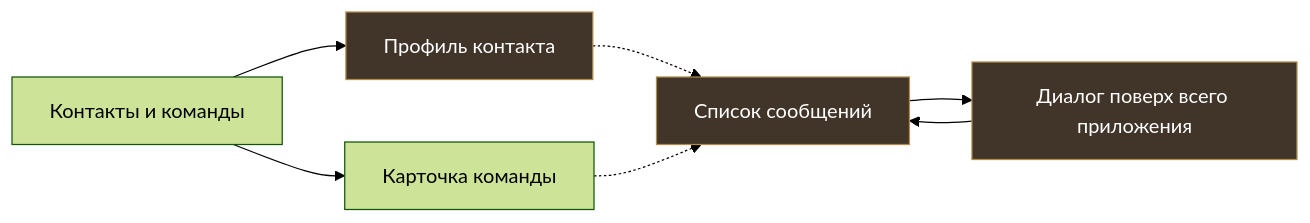
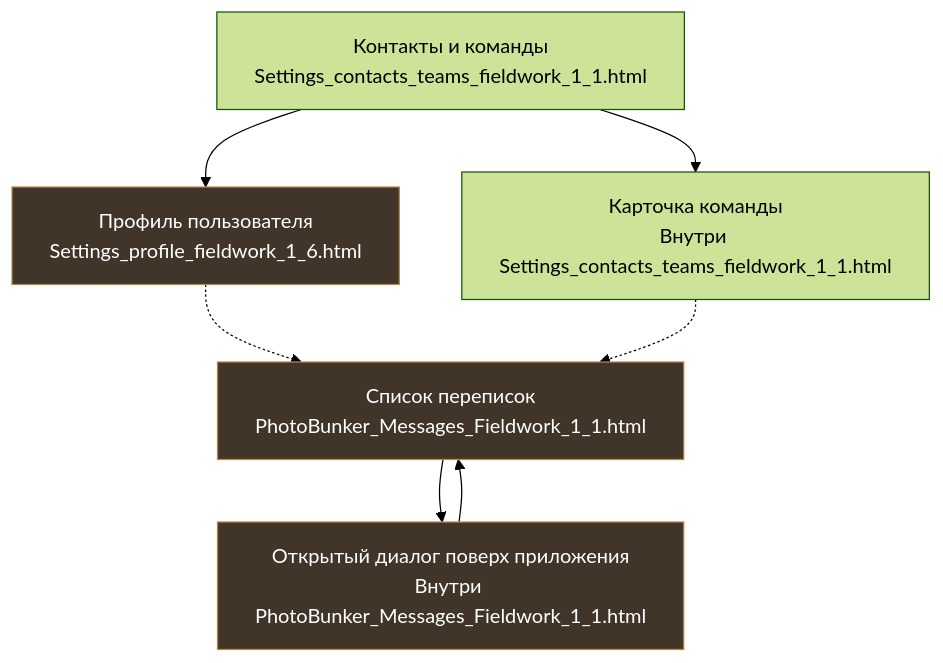
The third of 3 diagrams in docs/ux-integration/VISUAL-MAP.md (1troitsky/photobunker-v3), drawn with Mermaid (forest theme) before and after one commit. The commit also changed other lines of this file, not shown here.

Commit message:
docs(ux): attach exact docs/_uiux HTML filenames to each visual map screen

````diff
--- a/docs/ux-integration/VISUAL-MAP.md
+++ b/docs/ux-integration/VISUAL-MAP.md
@@ -60,12 +63,12 @@
 ```mermaid
-flowchart LR
-  contacts["Контакты и команды"] --> profile["Профиль контакта"]
-  contacts --> team["Карточка команды"]
-  profile -.-> inbox["Список сообщений"]
+flowchart TB
+  contacts["Контакты и команды<br/>Settings_contacts_teams_fieldwork_1_1.html"] --> profile["Профиль пользователя<br/>Settings_profile_fieldwork_1_6.html"]
+  contacts --> team["Карточка команды<br/>Внутри Settings_contacts_teams_fieldwork_1_1.html"]
+  profile -.-> inbox["Список переписок<br/>PhotoBunker_Messages_Fieldwork_1_1.html"]
   team -.-> inbox
-  inbox --> dialog["Диалог поверх всего приложения"]
+  inbox --> dialog["Открытый диалог поверх приложения<br/>Внутри PhotoBunker_Messages_Fieldwork_1_1.html"]
   dialog --> inbox
 
   classDef pending fill:#41352a,stroke:#b08b4c,color:#ffffff
   class profile,inbox,dialog pending
 ```
````
